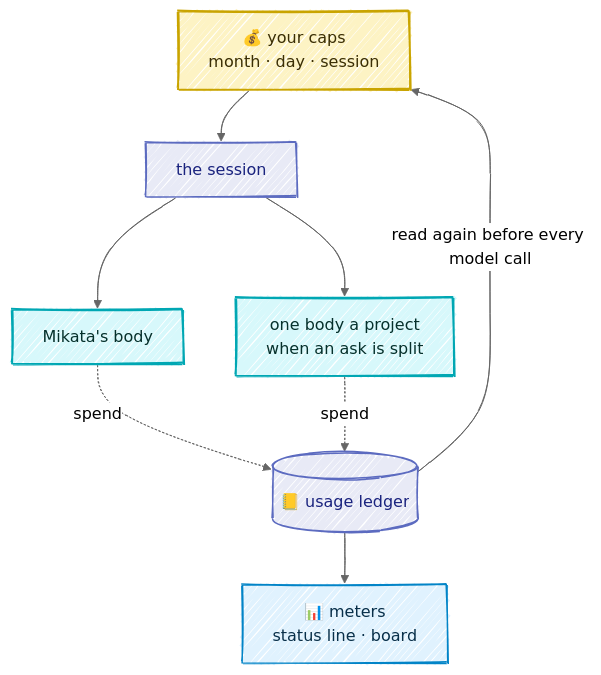
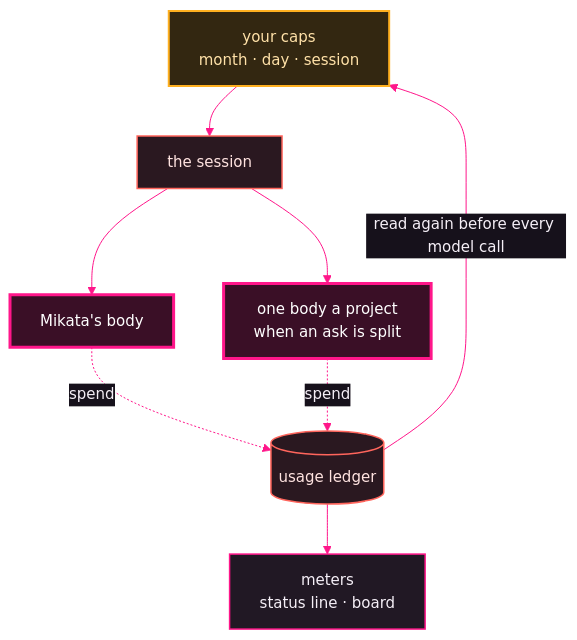
Before and after one commit to Kaginari/mikata: the diagram in docs/05-consumption.md, drawn with Mermaid. The commit also changed 46 other files, not shown here.

````diff
--- a/docs/05-consumption.md
+++ b/docs/05-consumption.md
@@ -15,25 +15,70 @@
 ```mermaid
 ---
 config:
-  look: handDrawn
-  theme: neutral
+  theme: base
+  themeVariables:
+    darkMode: true
+    background: "#0d0b10"
+    fontFamily: "Inter, Segoe UI, system-ui, -apple-system, Helvetica, Arial, sans-serif"
+    fontSize: "15px"
+    primaryColor: "#211824"
+    primaryTextColor: "#f5eff7"
+    primaryBorderColor: "#ff168a"
+    secondaryColor: "#2c2030"
+    secondaryTextColor: "#f5eff7"
+    secondaryBorderColor: "#ff655c"
+    tertiaryColor: "#16111b"
+    tertiaryTextColor: "#f5eff7"
+    tertiaryBorderColor: "#59405d"
+    lineColor: "#ff168a"
+    textColor: "#f5eff7"
+    titleColor: "#f5eff7"
+    edgeLabelBackground: "#16111b"
+    clusterBkg: "#16111b"
+    clusterBorder: "#59405d"
+    noteBkgColor: "#332711"
+    noteTextColor: "#ffe1a8"
+    noteBorderColor: "#ffb020"
+    actorBkg: "#211824"
+    actorBorder: "#ff168a"
+    actorTextColor: "#f5eff7"
+    actorLineColor: "#59405d"
+    signalColor: "#ff655c"
+    signalTextColor: "#f5eff7"
+    labelBoxBkgColor: "#211824"
+    labelBoxBorderColor: "#ff168a"
+    labelTextColor: "#f5eff7"
+    loopTextColor: "#f5eff7"
+    activationBkgColor: "#3a0f26"
+    activationBorderColor: "#ff168a"
+    sequenceNumberColor: "#0d0b10"
+    transitionColor: "#ff168a"
+    transitionLabelColor: "#f5eff7"
+    stateLabelColor: "#f5eff7"
+    stateBkg: "#211824"
+    labelBackgroundColor: "#16111b"
+    compositeBackground: "#16111b"
+    compositeTitleBackground: "#211824"
+    altBackground: "#16111b"
+    specialStateColor: "#b6f542"
+    innerEndBackground: "#b6f542"
   flowchart:
     wrappingWidth: 360
 ---
 flowchart TD
-    CAP["💰 your caps<br/>month · day · session"] --> SES["the session"]
+    CAP["your caps<br/>month · day · session"] --> SES["the session"]
     SES --> B["Mikata's body"]
     SES --> P["one body a project<br/>when an ask is split"]
-    B -. "spend" .-> L[("📒 usage ledger")]
+    B -. "spend" .-> L[("usage ledger")]
     P -. "spend" .-> L
     L -->|"read again before every model call"| CAP
-    L --> M["📊 meters<br/>status line · board"]
-    classDef you fill:#fdf3c4,stroke:#c9a400,stroke-width:2px,color:#3a2e05
+    L --> M["meters<br/>status line · board"]
+    classDef you fill:#332711,stroke:#ffb020,stroke-width:2px,color:#ffe1a8
     class CAP you
-    classDef store fill:#e8eaf6,stroke:#5c6bc0,stroke-width:1.5px,color:#1a237e
+    classDef store fill:#2a1820,stroke:#ff655c,stroke-width:1.5px,color:#ffe3e0
     class SES,L store
-    classDef mikata fill:#d7f8fb,stroke:#00a7b3,stroke-width:2px,color:#06302b
+    classDef mikata fill:#3a0f26,stroke:#ff168a,stroke-width:3px,color:#ffffff
     class B,P mikata
-    classDef step fill:#e0f2fe,stroke:#0284c7,stroke-width:1.5px,color:#082f49
+    classDef step fill:#211824,stroke:#ff168a,stroke-width:1.5px,color:#f5eff7
     class M step
 ```
````
